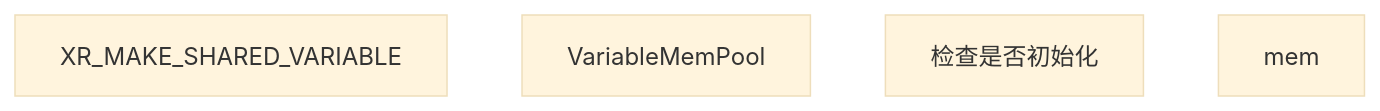
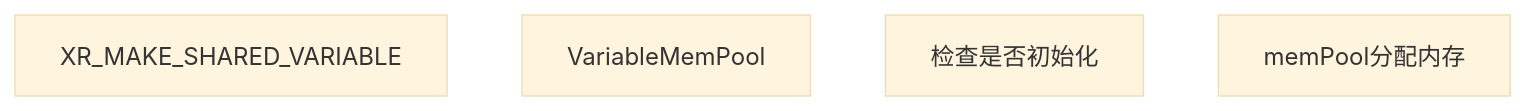
The diagram in all/未命名-5.md (huzixuan1/iodraw-files), drawn with Mermaid (base theme) before and after one commit.

Commit message:
2025-05-21 16:49:33 update

````diff
--- a/all/未命名-5.md
+++ b/all/未命名-5.md
@@ -1,7 +1,8 @@
 ```mermaid
 graph TD
     A[XR_MAKE_SHARED_VARIABLE]
     B[VariableMemPool]
     C[检查是否初始化]
-    D[mem]
+    D[memPool分配内存]
+    
 ```
````
